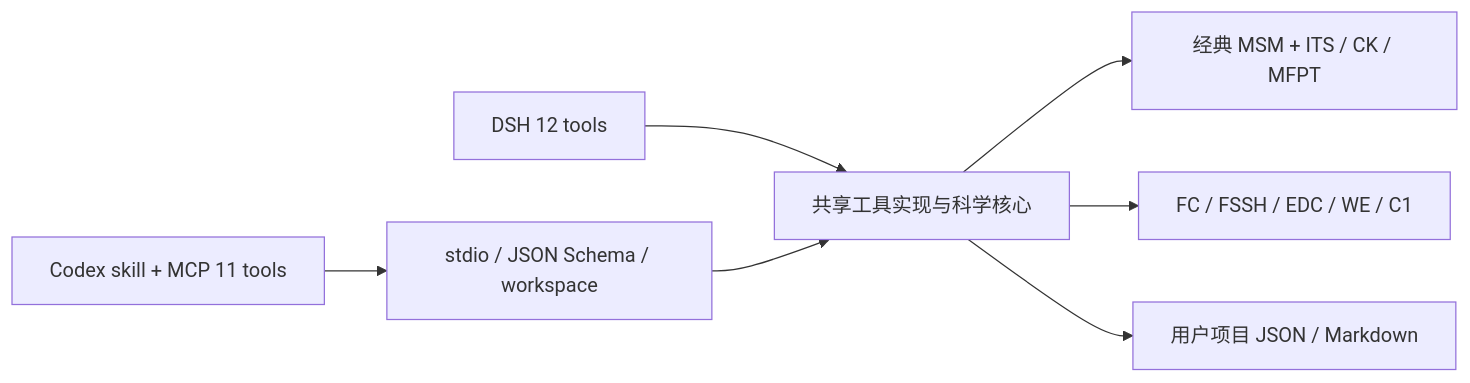
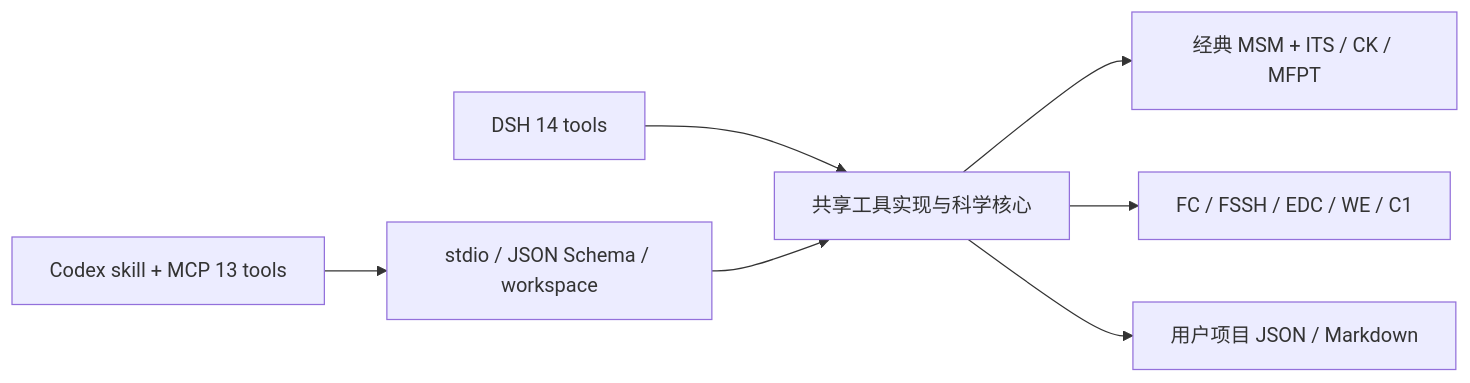
One commit to masterTHou/TH-MSM-DSH changed the diagram in plugins/th-msm/docs/CODEX.md. Above: the diagram before and after it, drawn with Mermaid. The commit also changed other lines of this file and 42 other files, not shown here.

````diff
--- a/plugins/th-msm/docs/CODEX.md
+++ b/plugins/th-msm/docs/CODEX.md
@@ -70,9 +74,9 @@
 ```mermaid
 flowchart LR
-  DSH[DSH 12 tools] --> CORE[共享工具实现与科学核心]
-  CODEX[Codex skill + MCP 11 tools] --> ADAPTER[stdio / JSON Schema / workspace]
+  DSH[DSH 14 tools] --> CORE[共享工具实现与科学核心]
+  CODEX[Codex skill + MCP 13 tools] --> ADAPTER[stdio / JSON Schema / workspace]
   ADAPTER --> CORE
   CORE --> MSM[经典 MSM + ITS / CK / MFPT]
   CORE --> C1[FC / FSSH / EDC / WE / C1]
   CORE --> FILES[用户项目 JSON / Markdown]
 ```
````
